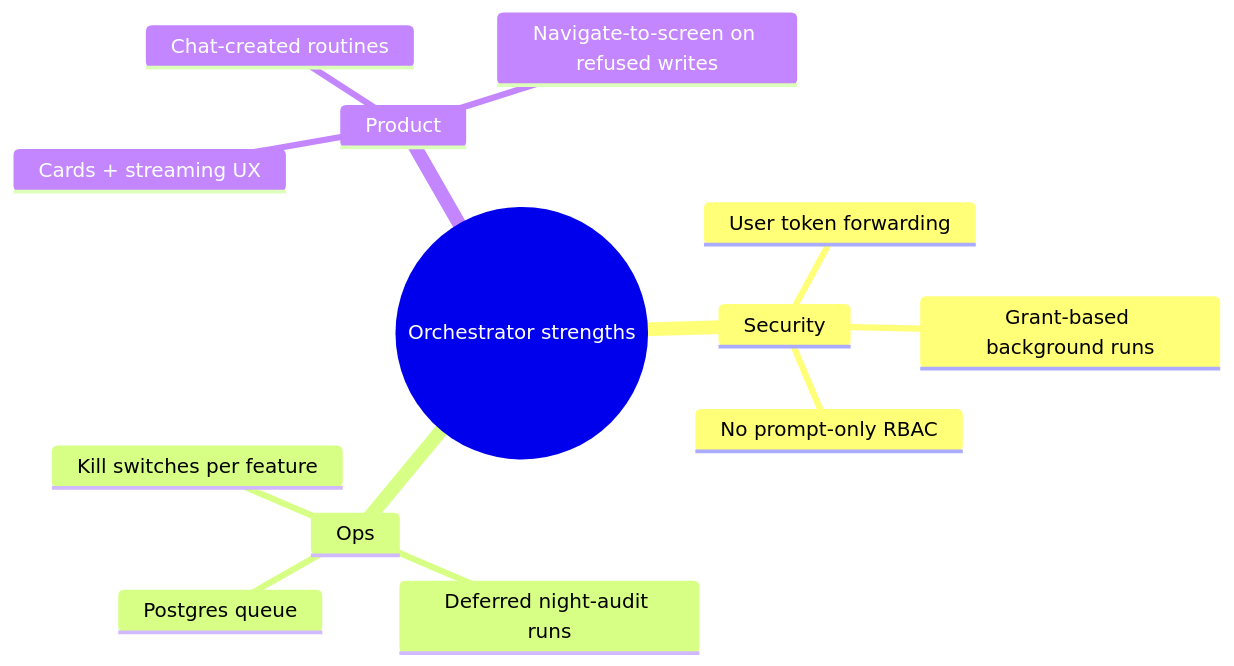
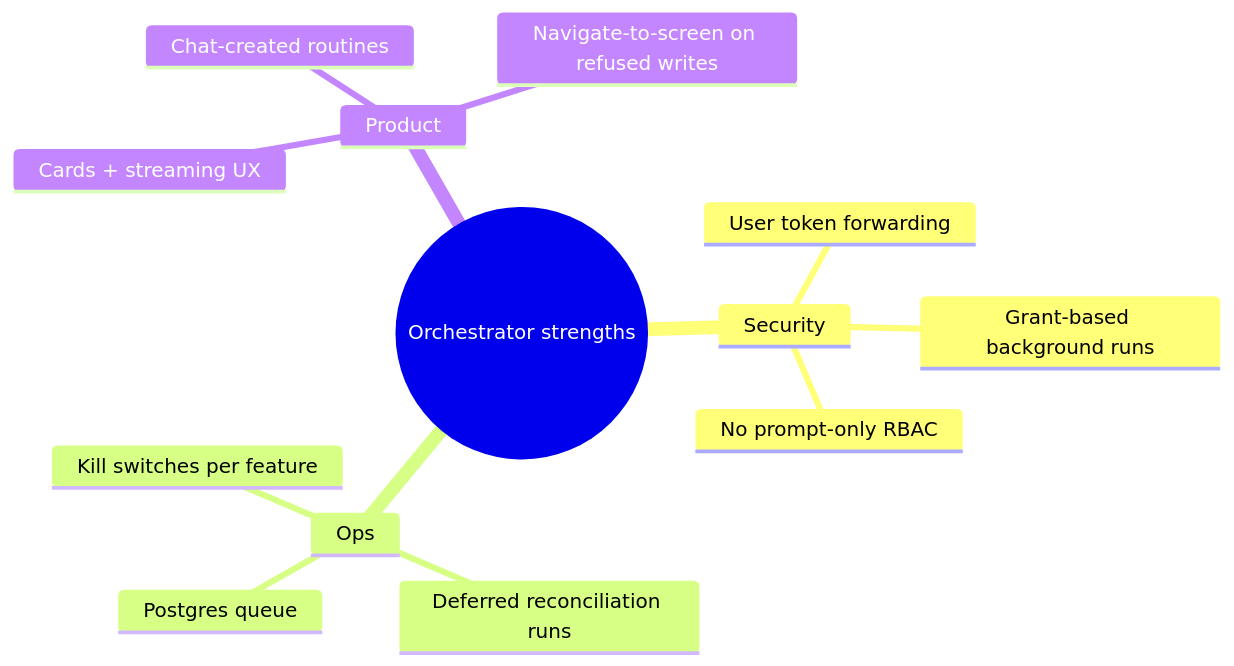
One commit to sahsisunny/Personal-Portfolio changed the sixth of 6 diagrams in content/blog/hotel-pms-ai-orchestrator.mdx. Above: the diagram before and after it, drawn with Mermaid. The commit also changed other lines of this file and 7 other files, not shown here.

````diff
--- a/content/blog/hotel-pms-ai-orchestrator.mdx
+++ b/content/blog/hotel-pms-ai-orchestrator.mdx
@@ -283,16 +286,16 @@
 ```mermaid
 mindmap
   root((Orchestrator strengths))
     Security
       User token forwarding
       Grant-based background runs
       No prompt-only RBAC
     Ops
       Postgres queue
-      Deferred night-audit runs
+      Deferred reconciliation runs
       Kill switches per feature
     Product
       Cards + streaming UX
       Chat-created routines
       Navigate-to-screen on refused writes
 ```
````
